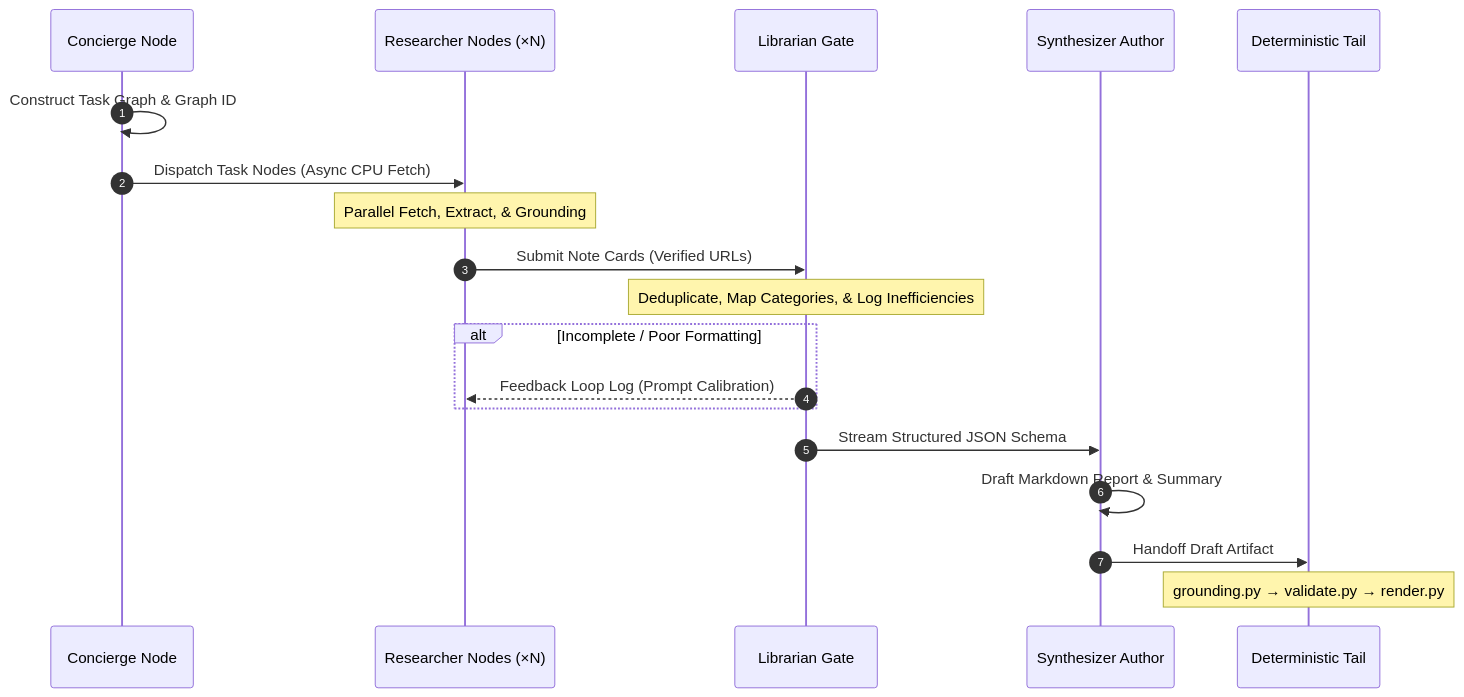
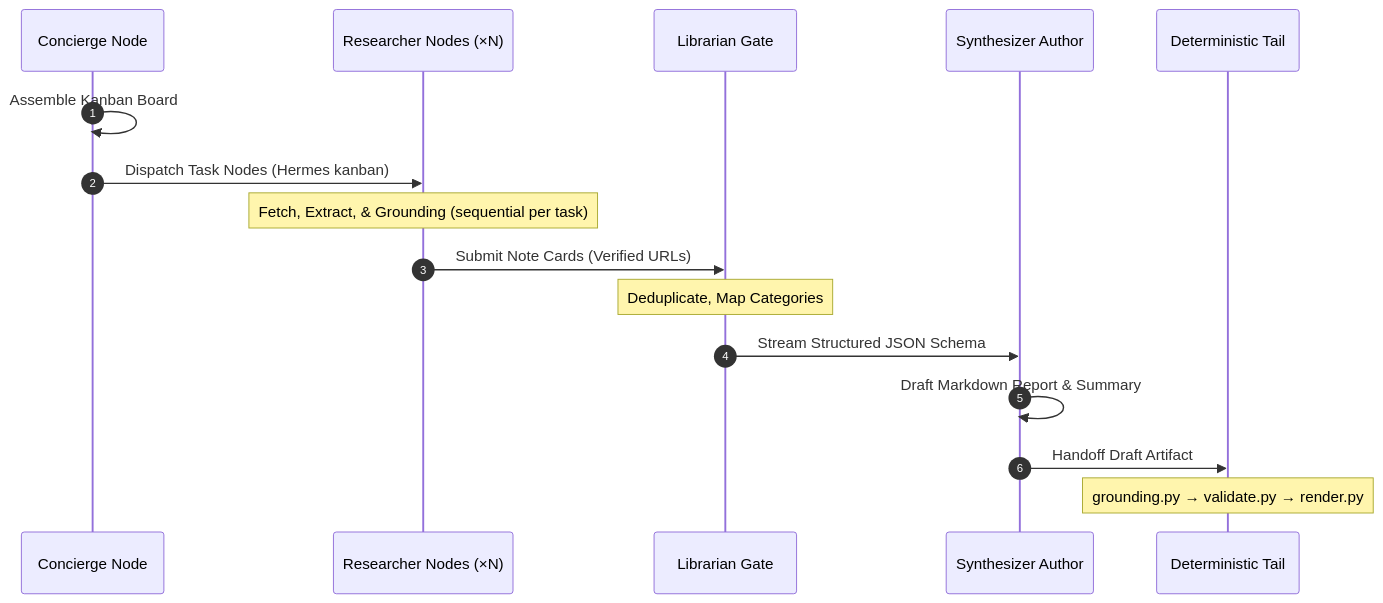
The second of 3 diagrams in agentic/hermes/docs/ARCHITECTURE.md (mameen/AI_Digest), drawn with Mermaid before and after one commit. The commit also changed other lines of this file and 4 other files, not shown here.

````diff
--- a/agentic/hermes/docs/ARCHITECTURE.md
+++ b/agentic/hermes/docs/ARCHITECTURE.md
@@ -52,23 +54,20 @@
 ```mermaid
 sequenceDiagram
     autonumber
     participant Concierge as Concierge Node
     participant Researcher as Researcher Nodes (×N)
     participant Librarian as Librarian Gate
     participant Synthesizer as Synthesizer Author
     participant Tail as Deterministic Tail
 
-    Concierge->>Concierge: Construct Task Graph & Graph ID
-    Concierge->>Researcher: Dispatch Task Nodes (Async CPU Fetch)
-    Note over Researcher: Parallel Fetch, Extract, & Grounding
+    Concierge->>Concierge: Assemble Kanban Board
+    Concierge->>Researcher: Dispatch Task Nodes (Hermes kanban)
+    Note over Researcher: Fetch, Extract, & Grounding (sequential per task)
     Researcher->>Librarian: Submit Note Cards (Verified URLs)
-    Note over Librarian: Deduplicate, Map Categories, & Log Inefficiencies
-    alt Incomplete / Poor Formatting
-        Librarian-->>Researcher: Feedback Loop Log (Prompt Calibration)
-    end
+    Note over Librarian: Deduplicate, Map Categories
     Librarian->>Synthesizer: Stream Structured JSON Schema
     Synthesizer->>Synthesizer: Draft Markdown Report & Summary
     Synthesizer->>Tail: Handoff Draft Artifact
     Note over Tail: grounding.py → validate.py → render.py
 
 ```
````
